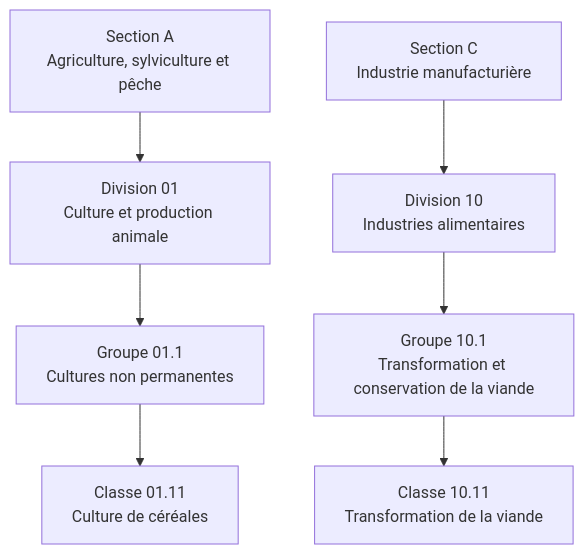
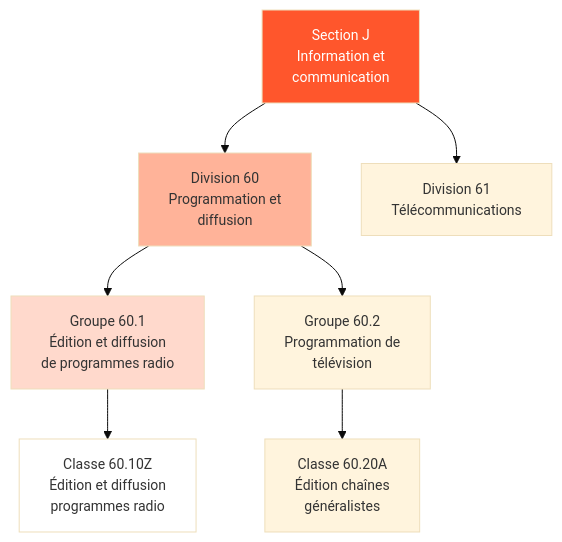
The first of 8 diagrams in src/presentation/template/template.qmd (InseeFrLab/GRAAL), drawn with Mermaid before and after one commit. The commit also changed other lines of this file, not shown here.

````diff
--- a/src/presentation/template/template.qmd
+++ b/src/presentation/template/template.qmd
@@ -66,28 +70,26 @@
 ```{mermaid}
+%%{init: {'theme':'base', 'themeVariables': {'fontSize': '14px'}}}%%
 graph TD
-  %% Sections
-  S_A["Section A<br/>Agriculture, sylviculture et pêche"]
-  S_C["Section C<br/>Industrie manufacturière"]
-
-  %% Divisions
-  D_01["Division 01<br/>Culture et production animale"]
-  D_10["Division 10<br/>Industries alimentaires"]
-
-  %% Groupes
-  G_01_1["Groupe 01.1<br/>Cultures non permanentes"]
-  G_10_1["Groupe 10.1<br/>Transformation et conservation de la viande"]
-
-  %% Classes
-  C_01_11["Classe 01.11<br/>Culture de céréales"]
-  C_10_11["Classe 10.11<br/>Transformation de la viande"]
-
-  %% Relations
-  S_A --> D_01
-  S_C --> D_10
-
-  D_01 --> G_01_1
-  D_10 --> G_10_1
-
-  G_01_1 --> C_01_11
-  G_10_1 --> C_10_11
+  S["Section J<br/>Information et<br/>communication"]
+  
+  D60["Division 60<br/>Programmation et<br/>diffusion"]
+  D61["Division 61<br/>Télécommunications"]
+  
+  G60_1["Groupe 60.1<br/>Édition et diffusion<br/>de programmes radio"]
+  G60_2["Groupe 60.2<br/>Programmation de<br/>télévision"]
+  
+  C60_10["Classe 60.10Z<br/>Édition et diffusion<br/>programmes radio"]
+  C60_20["Classe 60.20A<br/>Édition chaînes<br/>généralistes"]
+  
+  S --> D60
+  S --> D61
+  D60 --> G60_1
+  D60 --> G60_2
+  G60_1 --> C60_10
+  G60_2 --> C60_20
+  
+  style S fill:#ff562c,color:#fff
+  style D60 fill:#ffb399
+  style G60_1 fill:#ffd9cc
+  style C60_10 fill:#fff
 ```
````
